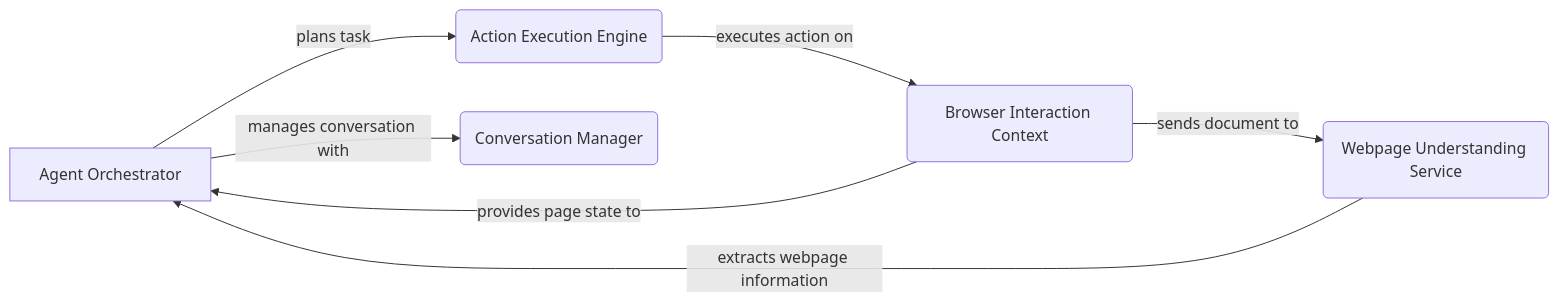
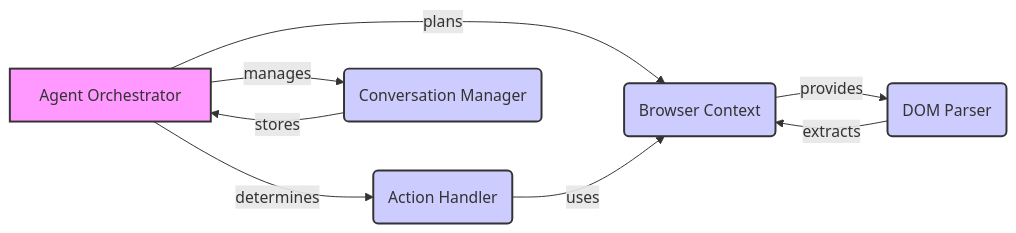
Before and after one commit to CodeBoarding/GeneratedOnBoardings: the diagram in browser-use/on_boarding.md, drawn with Mermaid. The commit also changed other lines of this file, not shown here.

Commit message:
Uploading onboarding materials for browser-use

````diff
--- a/browser-use/on_boarding.md
+++ b/browser-use/on_boarding.md
@@ -9,9 +9,15 @@
 ```mermaid
 graph LR
-    A[Agent Orchestrator] -- plans task --> B(Action Execution Engine)
-    B -- executes action on --> C(Browser Interaction Context)
-    C -- provides page state to --> A
-    C -- sends document to --> D(Webpage Understanding Service)
-    D -- extracts webpage information --> A
-    A -- manages conversation with --> E(Conversation Manager)
+    A[Agent Orchestrator] -- plans --> B(Browser Context)
+    A -- determines --> C(Action Handler)
+    A -- manages --> D(Conversation Manager)
+    B -- provides --> E(DOM Parser)
+    C -- uses --> B
+    E -- extracts --> B
+    D -- stores --> A
+    style A fill:#f9f,stroke:#333,stroke-width:2px
+    style B fill:#ccf,stroke:#333,stroke-width:2px
+    style C fill:#ccf,stroke:#333,stroke-width:2px
+    style D fill:#ccf,stroke:#333,stroke-width:2px
+    style E fill:#ccf,stroke:#333,stroke-width:2px
 ```
````
